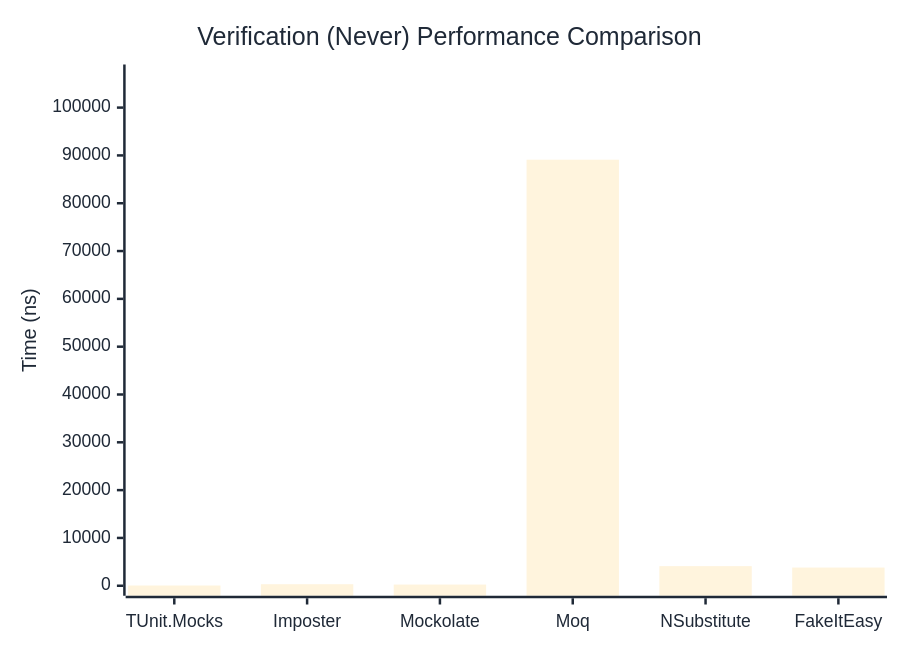
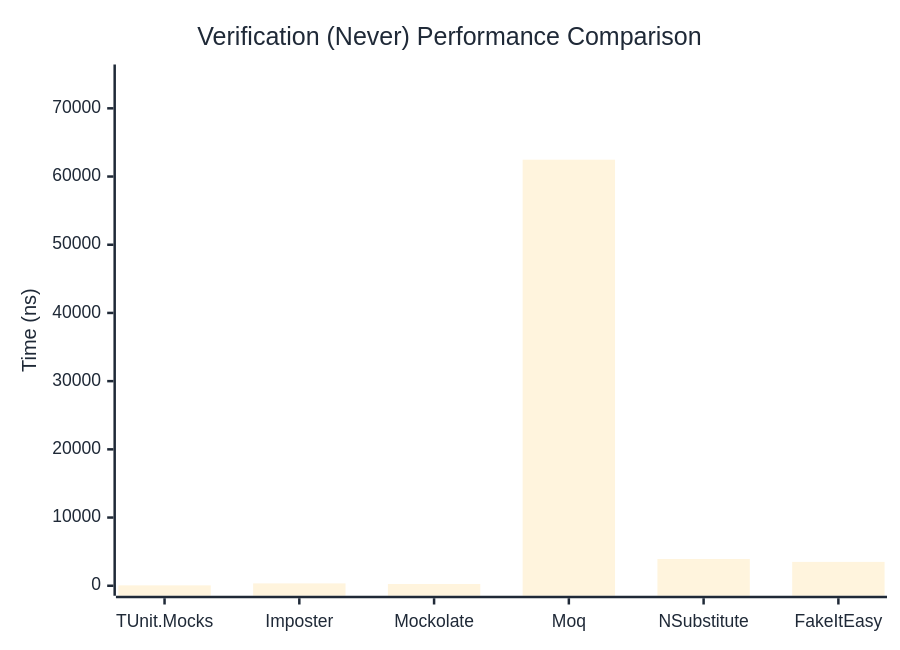
The second of 3 diagrams in docs/docs/benchmarks/mocks/Verification.md (thomhurst/TUnit), drawn with Mermaid before and after one commit. The commit also changed other lines of this file and 14 other files, not shown here.

````diff
--- a/docs/docs/benchmarks/mocks/Verification.md
+++ b/docs/docs/benchmarks/mocks/Verification.md
@@ -71,27 +71,27 @@
 ```mermaid
 %%{init: {
   'theme':'base',
   'themeVariables': {
     'primaryColor': '#2563eb',
     'primaryTextColor': '#1f2937',
     'primaryBorderColor': '#1e40af',
     'lineColor': '#6b7280',
     'secondaryColor': '#7c3aed',
     'tertiaryColor': '#dc2626',
     'background': '#ffffff',
     'pie1': '#2563eb',
     'pie2': '#7c3aed',
     'pie3': '#dc2626',
     'pie4': '#f59e0b',
     'pie5': '#10b981',
     'pie6': '#06b6d4',
     'pie7': '#ec4899',
     'pie8': '#6366f1'
   }
 }}%%
 xychart-beta
   title "Verification (Never) Performance Comparison"
   x-axis ["TUnit.Mocks", "Imposter", "Mockolate", "Moq", "NSubstitute", "FakeItEasy"]
-  y-axis "Time (ns)" 0 --> 106924
-  bar [50.73, 322.83, 245.56, 89102.83, 4100.62, 3802.84]
+  y-axis "Time (ns)" 0 --> 74960
+  bar [57.76, 346.61, 254.15, 62466.28, 3925.45, 3497.77]
 ```
````
